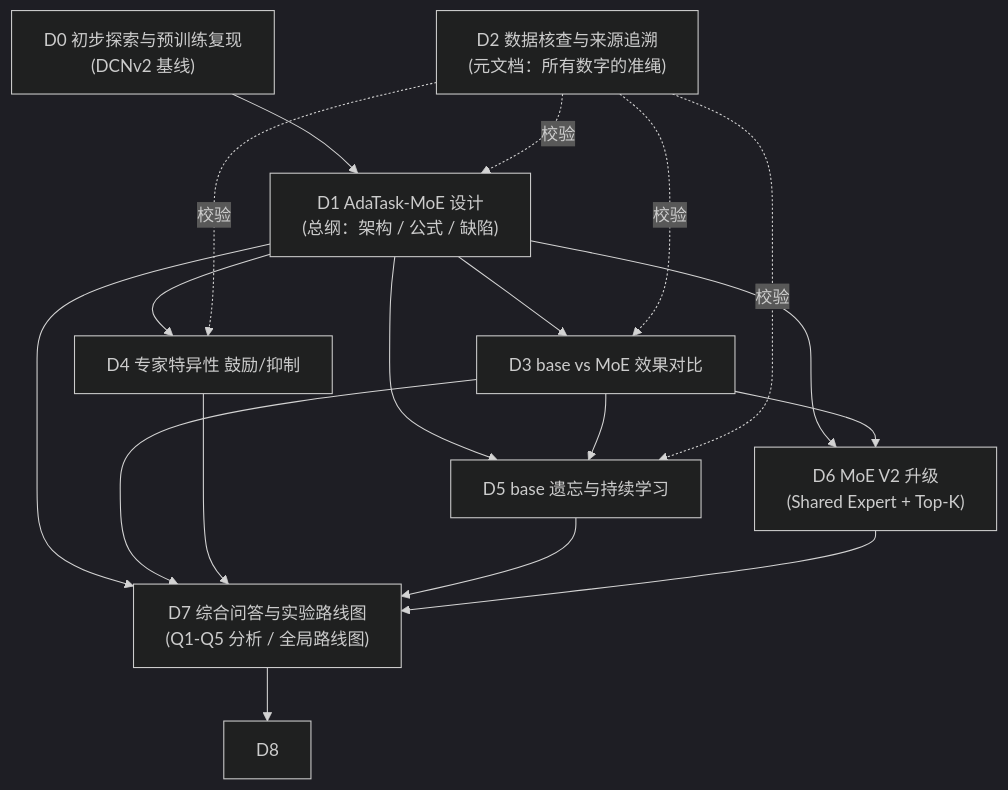
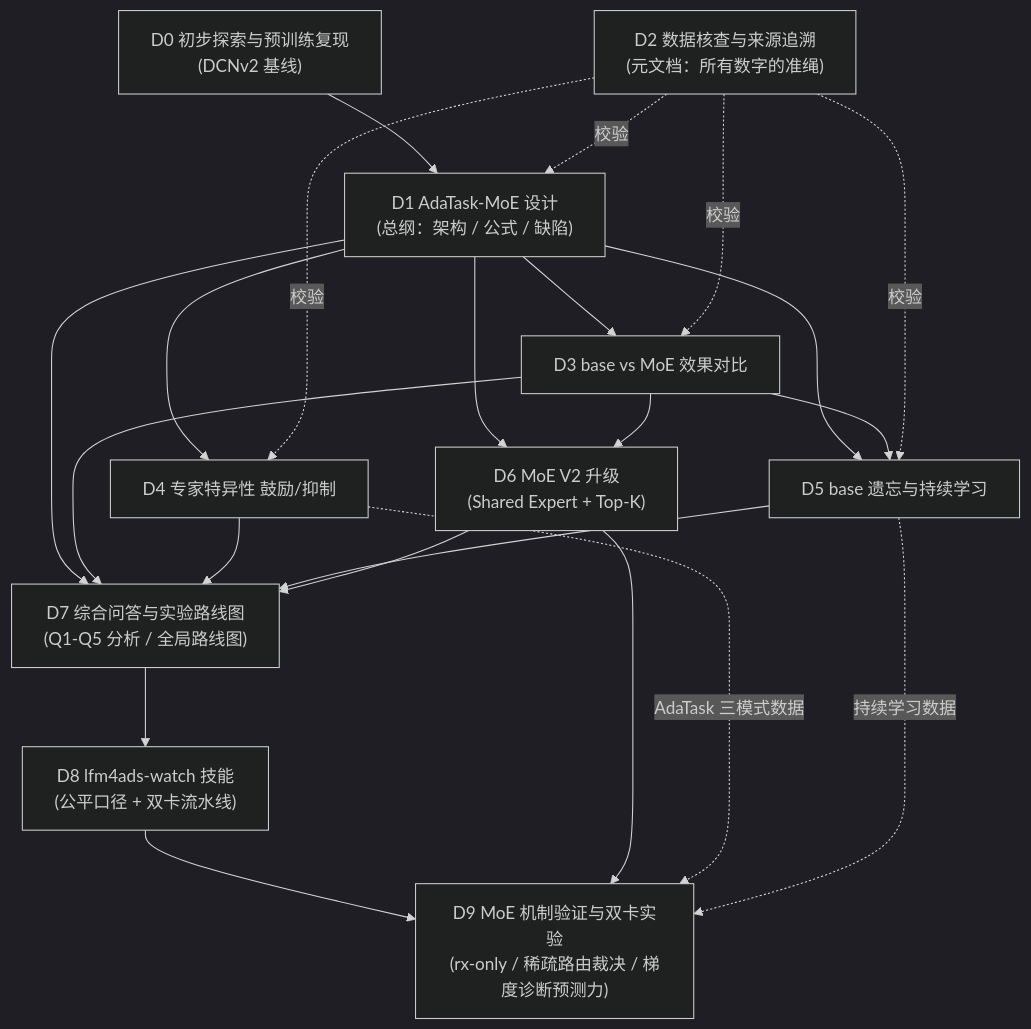
One commit to fabfish/LFM4Ads changed the diagram in docs/DRIVERS.md. Above: the diagram before and after it, drawn with Mermaid (dark theme). The commit also changed other lines of this file and 4 other files, not shown here.

````diff
--- a/docs/DRIVERS.md
+++ b/docs/DRIVERS.md
@@ -36,29 +37,35 @@
 ```mermaid
 graph TD
     D2["D2 数据核查与来源追溯<br/>(元文档：所有数字的准绳)"]
     D1["D1 AdaTask-MoE 设计<br/>(总纲：架构 / 公式 / 缺陷)"]
     D0["D0 初步探索与预训练复现<br/>(DCNv2 基线)"]
     D3["D3 base vs MoE 效果对比"]
     D4["D4 专家特异性 鼓励/抑制"]
     D5["D5 base 遗忘与持续学习"]
     D6["D6 MoE V2 升级<br/>(Shared Expert + Top-K)"]
     D7["D7 综合问答与实验路线图<br/>(Q1-Q5 分析 / 全局路线图)"]
+    D8["D8 lfm4ads-watch 技能<br/>(公平口径 + 双卡流水线)"]
+    D9["D9 MoE 机制验证与双卡实验<br/>(rx-only / 稀疏路由裁决 / 梯度诊断预测力)"]
 
     D0 --> D1
     D1 --> D3
     D1 --> D4
     D1 --> D5
     D1 --> D6
     D1 --> D7
     D3 --> D6
     D3 --> D5
     D3 --> D7
     D4 --> D7
     D5 --> D7
     D6 --> D7
     D7 --> D8
+    D8 --> D9
+    D6 --> D9
+    D4 -. AdaTask 三模式数据 .-> D9
+    D5 -. 持续学习数据 .-> D9
     D2 -. 校验 .-> D3
     D2 -. 校验 .-> D4
     D2 -. 校验 .-> D5
     D2 -. 校验 .-> D1
 ```
````
